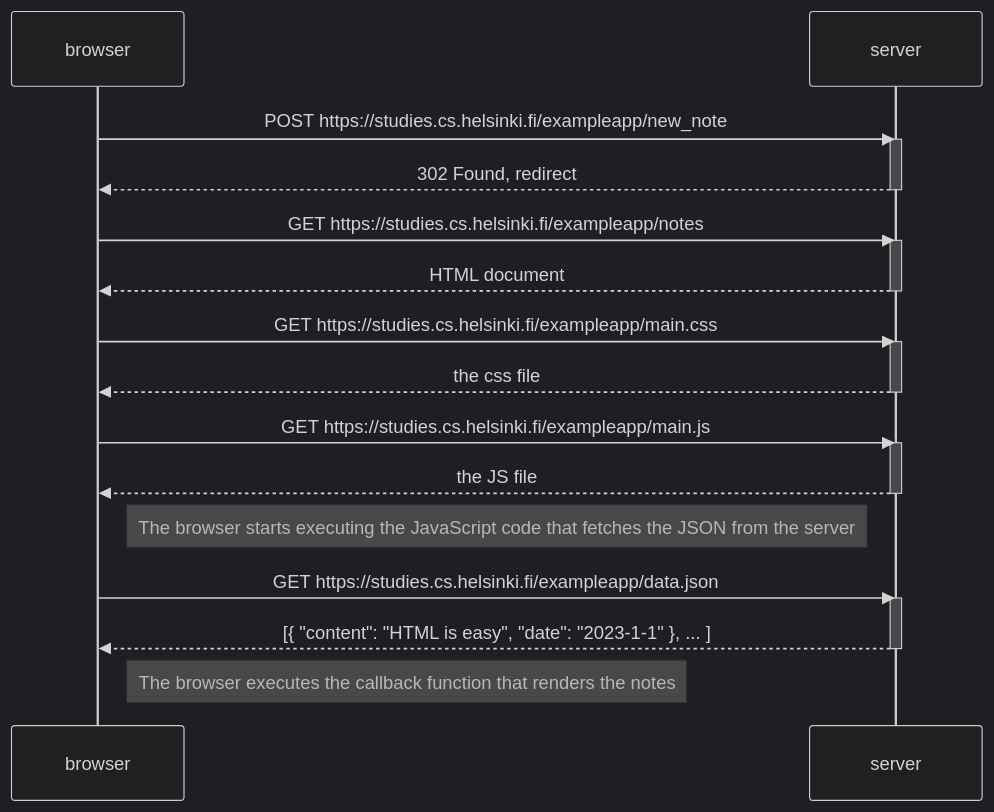
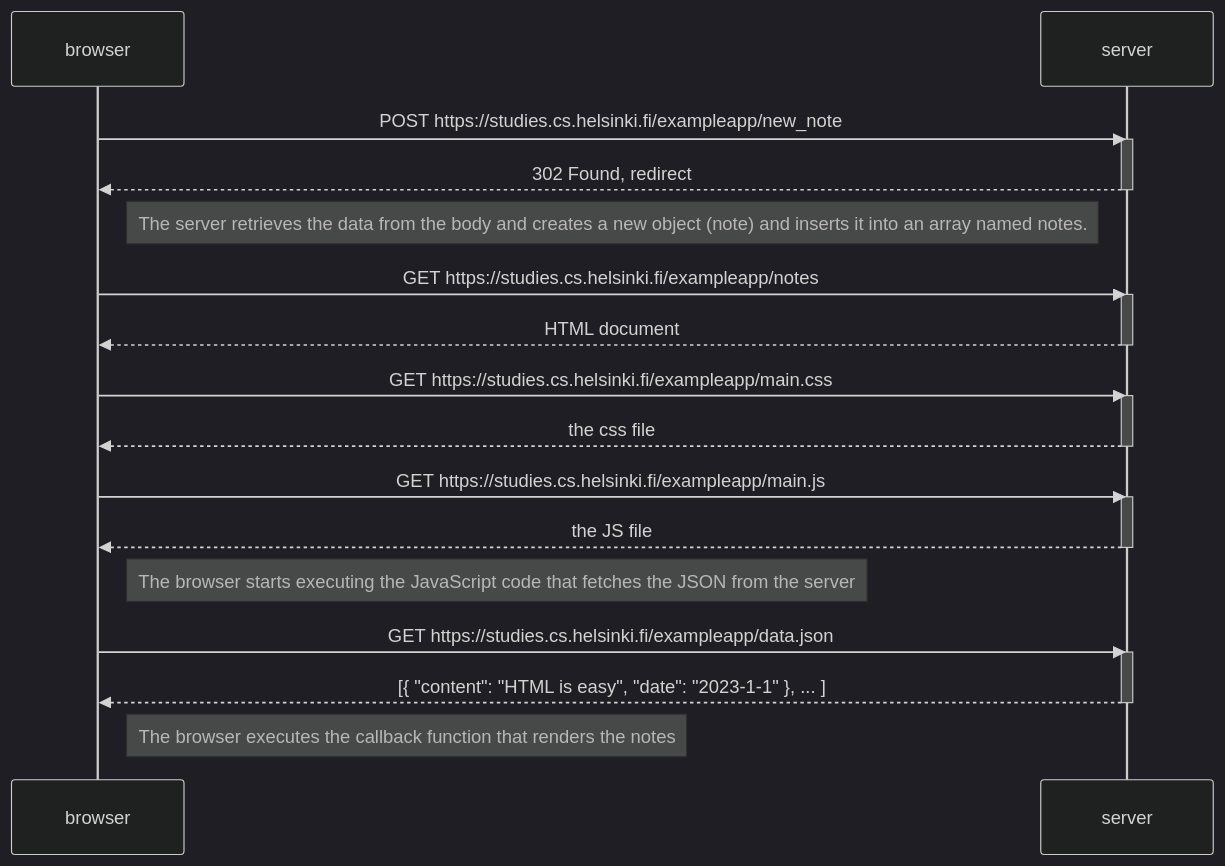
The diagram in 0.4.md (HenryVag/FullstackOpen_Palautus), drawn with Mermaid (dark theme) before and after one commit.

````diff
--- a/0.4.md
+++ b/0.4.md
@@ -2,41 +2,43 @@
 ```mermaid
 sequenceDiagram
     participant browser
     participant server
     
     browser->>server: POST https://studies.cs.helsinki.fi/exampleapp/new_note
     activate server
     server-->>browser: 302 Found, redirect
     deactivate server
+
+    Note right of browser: The server retrieves the data from the body and creates a new object (note) and inserts it into an array named notes.
     
     browser->>server: GET https://studies.cs.helsinki.fi/exampleapp/notes
     activate server
     server-->>browser: HTML document
     deactivate server
 
     browser->>server: GET https://studies.cs.helsinki.fi/exampleapp/main.css
     activate server
     server-->>browser: the css file
     deactivate server
 
     browser->>server: GET https://studies.cs.helsinki.fi/exampleapp/main.js
     activate server
     server-->>browser: the JS file
     deactivate server    
 
     Note right of browser: The browser starts executing the JavaScript code that fetches the JSON from the server
 
     browser->>server: GET https://studies.cs.helsinki.fi/exampleapp/data.json
     activate server
     server-->>browser: [{ "content": "HTML is easy", "date": "2023-1-1" }, ... ]
     deactivate server    
 
     Note right of browser: The browser executes the callback function that renders the notes 
     
   
   
 
 
     
 
 ```
````
